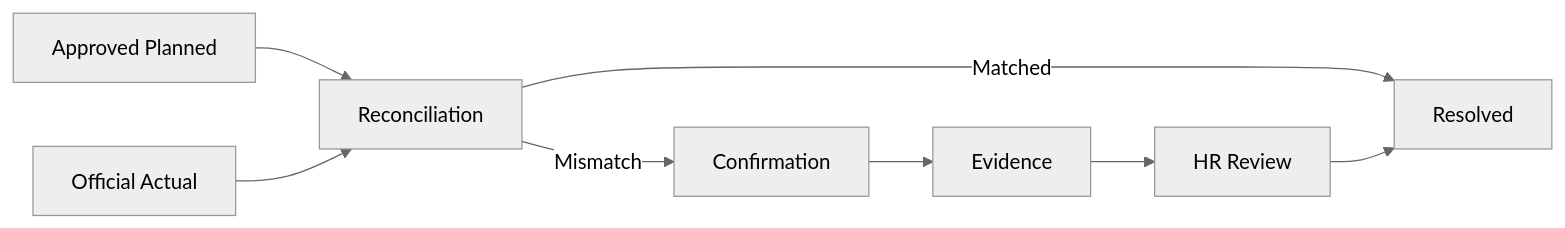
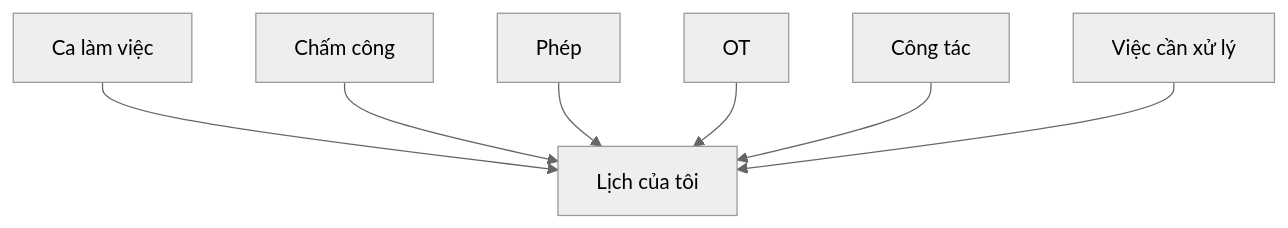
One commit to Nang0559/Reggister changed the fifth of 15 diagrams in MÔ HÌNH/DOCUMENTATION/07_PRESENTATION.md. Above: the diagram before and after it, drawn with Mermaid (neutral theme). The commit also changed other lines of this file and 256 other files, not shown here.

````diff
--- a/MÔ HÌNH/DOCUMENTATION/07_PRESENTATION.md
+++ b/MÔ HÌNH/DOCUMENTATION/07_PRESENTATION.md
@@ -231,10 +217,9 @@
 ```mermaid
-flowchart LR
-    PLAN[Approved Planned] --> R[Reconciliation]
-    ACT[Official Actual] --> R
-    R -->|Matched| OK[Resolved]
-    R -->|Mismatch| C[Confirmation]
-    C --> E[Evidence]
-    E --> HR[HR Review]
-    HR --> OK
+flowchart TB
+    A[Ca làm việc] --> G[Lịch của tôi]
+    B[Chấm công] --> G
+    C[Phép] --> G
+    D[OT] --> G
+    E[Công tác] --> G
+    F[Việc cần xử lý] --> G
 ```
````
